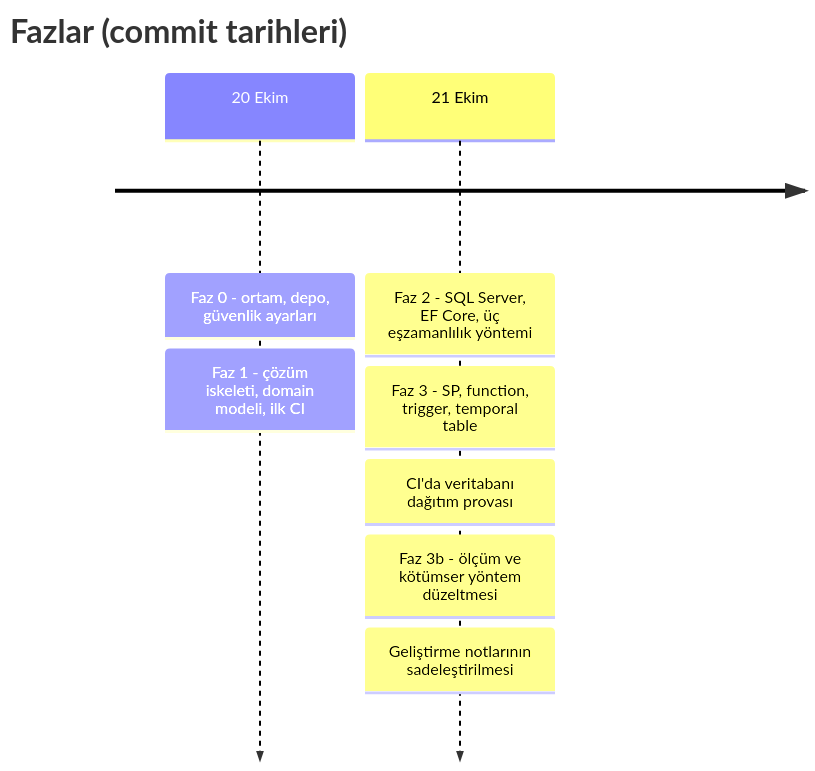
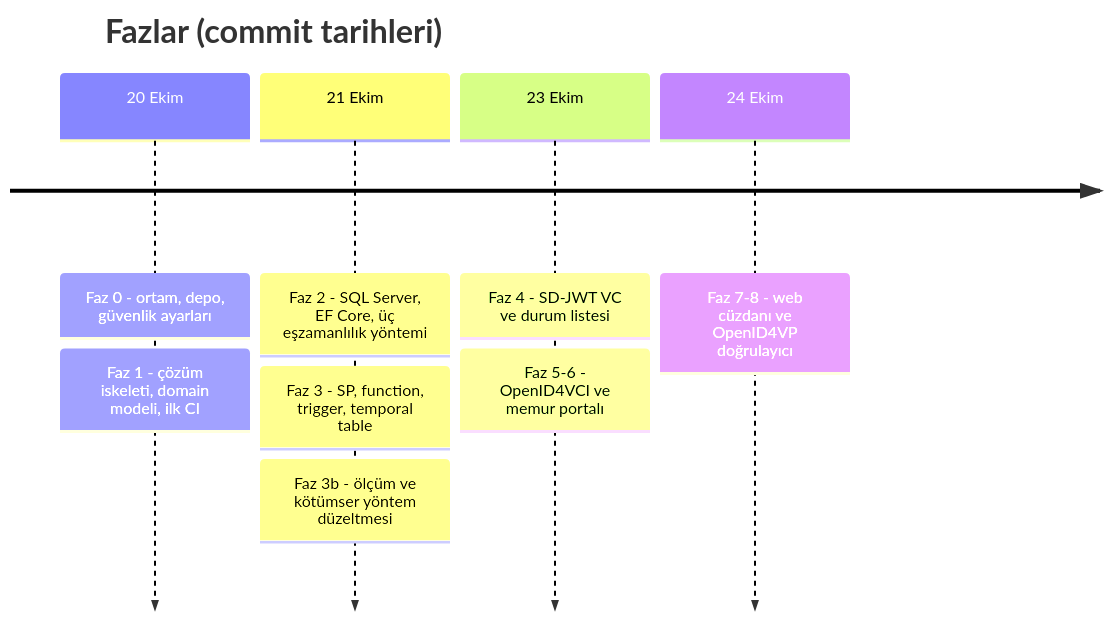
Before and after one commit to sefatuncer/dijital-kimlik-oid4vc: the first of 3 diagrams in docs/proje-turu.md, drawn with Mermaid. The commit also changed other lines of this file and 70 other files, not shown here.

First line of the commit message:
Web cüzdanı ve OpenID4VP doğrulayıcı, uçtan uca akış

````diff
--- a/docs/proje-turu.md
+++ b/docs/proje-turu.md
@@ -34,11 +26,12 @@
 ```mermaid
 timeline
     title Fazlar (commit tarihleri)
     20 Ekim : Faz 0 - ortam, depo, güvenlik ayarları
             : Faz 1 - çözüm iskeleti, domain modeli, ilk CI
     21 Ekim : Faz 2 - SQL Server, EF Core, üç eşzamanlılık yöntemi
             : Faz 3 - SP, function, trigger, temporal table
-            : CI'da veritabanı dağıtım provası
             : Faz 3b - ölçüm ve kötümser yöntem düzeltmesi
-            : Geliştirme notlarının sadeleştirilmesi
+    23 Ekim : Faz 4 - SD-JWT VC ve durum listesi
+            : Faz 5-6 - OpenID4VCI ve memur portalı
+    24 Ekim : Faz 7-8 - web cüzdanı ve OpenID4VP doğrulayıcı
 ```
````
